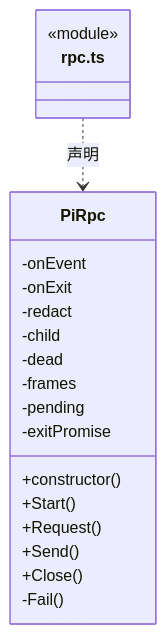
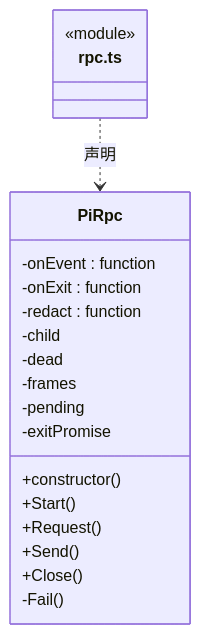
Before and after one commit to nan023062/cbim: the eighth of 11 diagrams in src/logic/execution/engines/pi/ARCHITECTURE.md, drawn with Mermaid. The commit also changed other lines of this file and 137 other files, not shown here.

Commit message:
fix: align architecture generator with documentation standards

````diff
--- a/src/logic/execution/engines/pi/ARCHITECTURE.md
+++ b/src/logic/execution/engines/pi/ARCHITECTURE.md
@@ -379,23 +389,23 @@
 ```mermaid
 classDiagram
 class N_src_logic_execution_engines_pi_rpc_ts["rpc.ts"] {
   <<module>>
 }
 class N_src_logic_execution_engines_pi_rpc_ts_PiRpc["PiRpc"] {
   +constructor()
   +Start()
   +Request()
   +Send()
   +Close()
-  -onEvent
-  -onExit
-  -redact
+  -onEvent : function
+  -onExit : function
+  -redact : function
   -child
   -dead
   -frames
   -pending
   -exitPromise
   -Fail()
 }
 N_src_logic_execution_engines_pi_rpc_ts ..> N_src_logic_execution_engines_pi_rpc_ts_PiRpc : 声明
 ```
````
